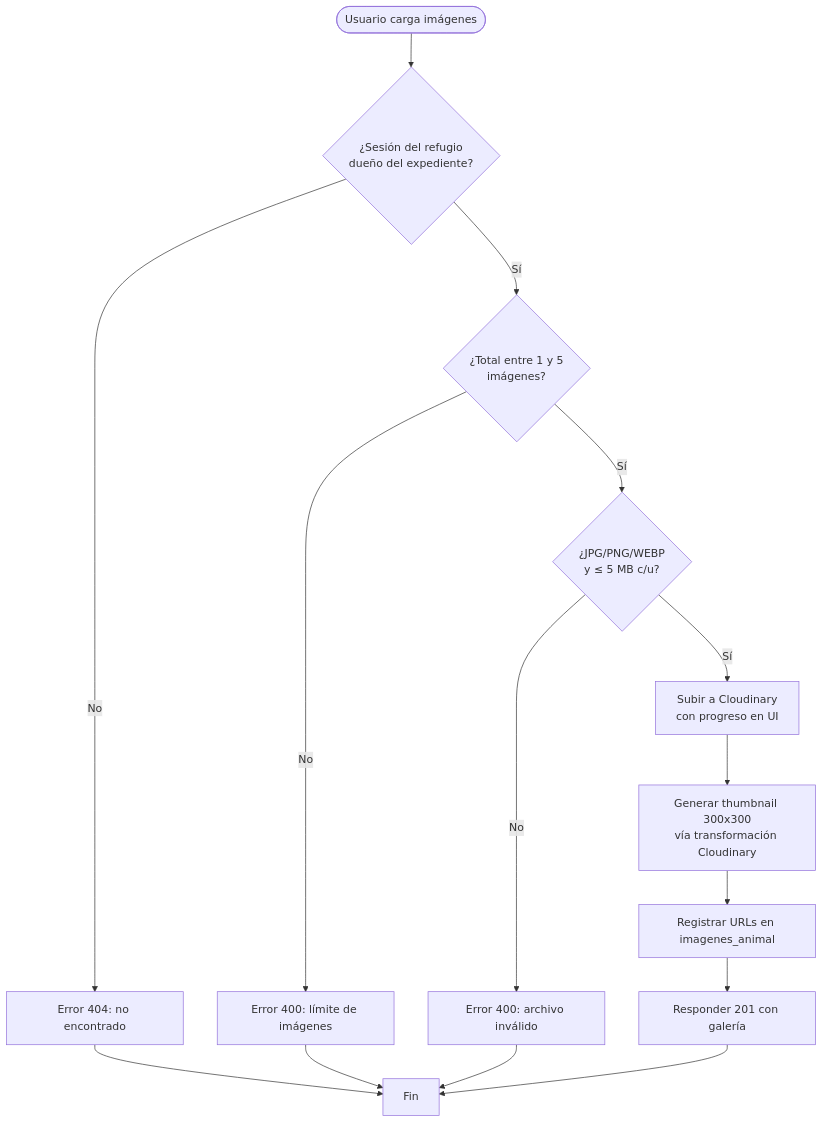
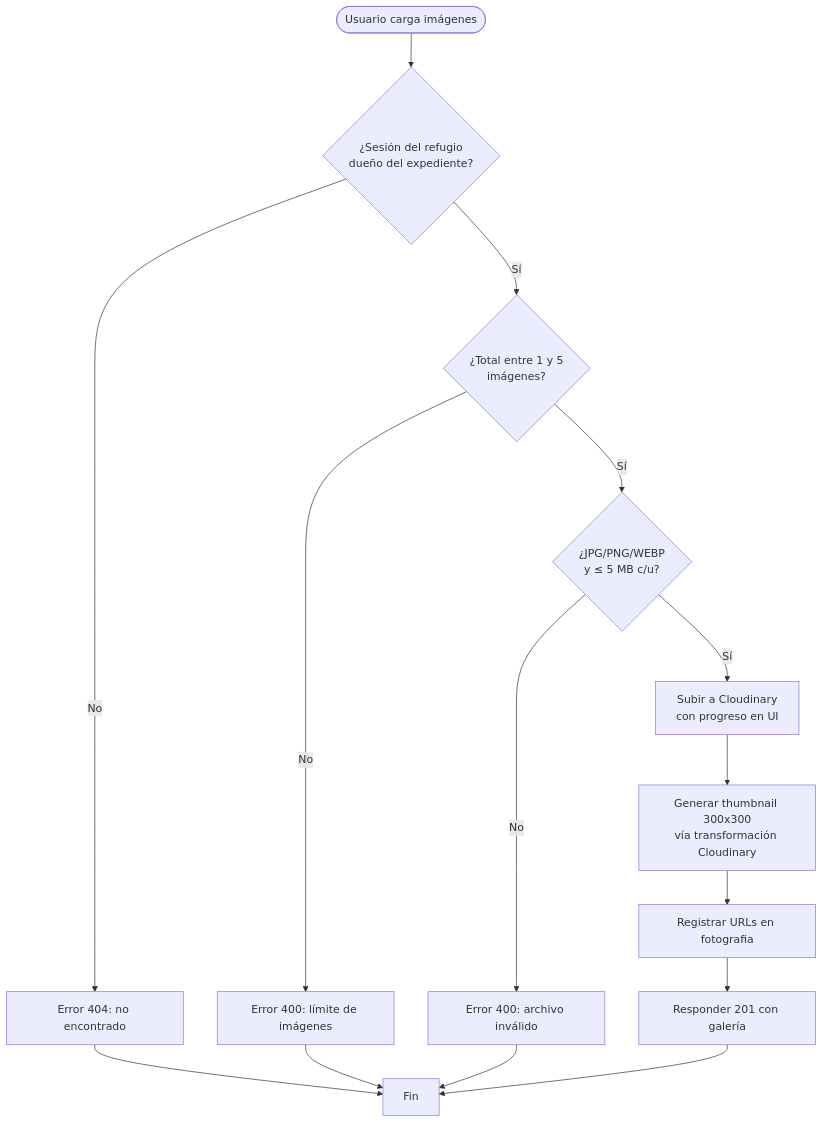
One commit to thespacio/pixkki changed the second of 4 diagrams in docs/features/requerimiento-01-ingresos-expedientes.md. Above: the diagram before and after it, drawn with Mermaid. The commit also changed other lines of this file and 7 other files, not shown here.

Commit message:
fix: align requirement 01 intake with real schema and optional images

````diff
--- a/docs/features/requerimiento-01-ingresos-expedientes.md
+++ b/docs/features/requerimiento-01-ingresos-expedientes.md
@@ -320,17 +340,17 @@
 ```mermaid
 flowchart TD
     Start([Usuario carga imágenes]) --> Auth{"¿Sesión del refugio<br/>dueño del expediente?"}
     Auth -- "No" --> Err1[Error 404: no encontrado]
     Auth -- "Sí" --> Count{"¿Total entre 1 y 5<br/>imágenes?"}
     Count -- "No" --> Err2[Error 400: límite de imágenes]
     Count -- "Sí" --> ValidFiles{"¿JPG/PNG/WEBP<br/>y ≤ 5 MB c/u?"}
     ValidFiles -- "No" --> Err3[Error 400: archivo inválido]
     ValidFiles -- "Sí" --> Upload[Subir a Cloudinary<br/>con progreso en UI]
     Upload --> Thumb[Generar thumbnail 300x300<br/>vía transformación Cloudinary]
-    Thumb --> Insert[Registrar URLs en imagenes_animal]
+    Thumb --> Insert[Registrar URLs en fotografia]
     Insert --> Resp[Responder 201 con galería]
     Err1 --> End[Fin]
     Err2 --> End
     Err3 --> End
     Resp --> End
 ```
````
